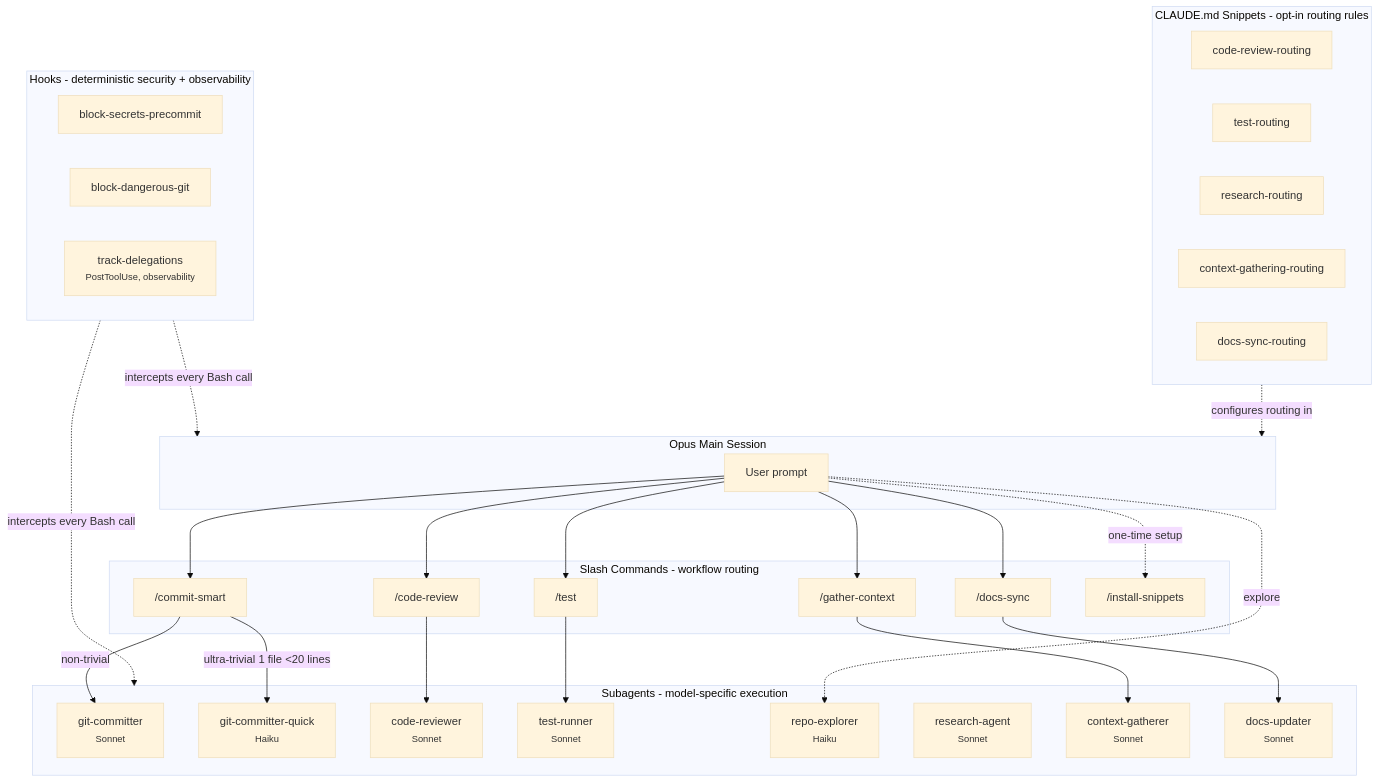
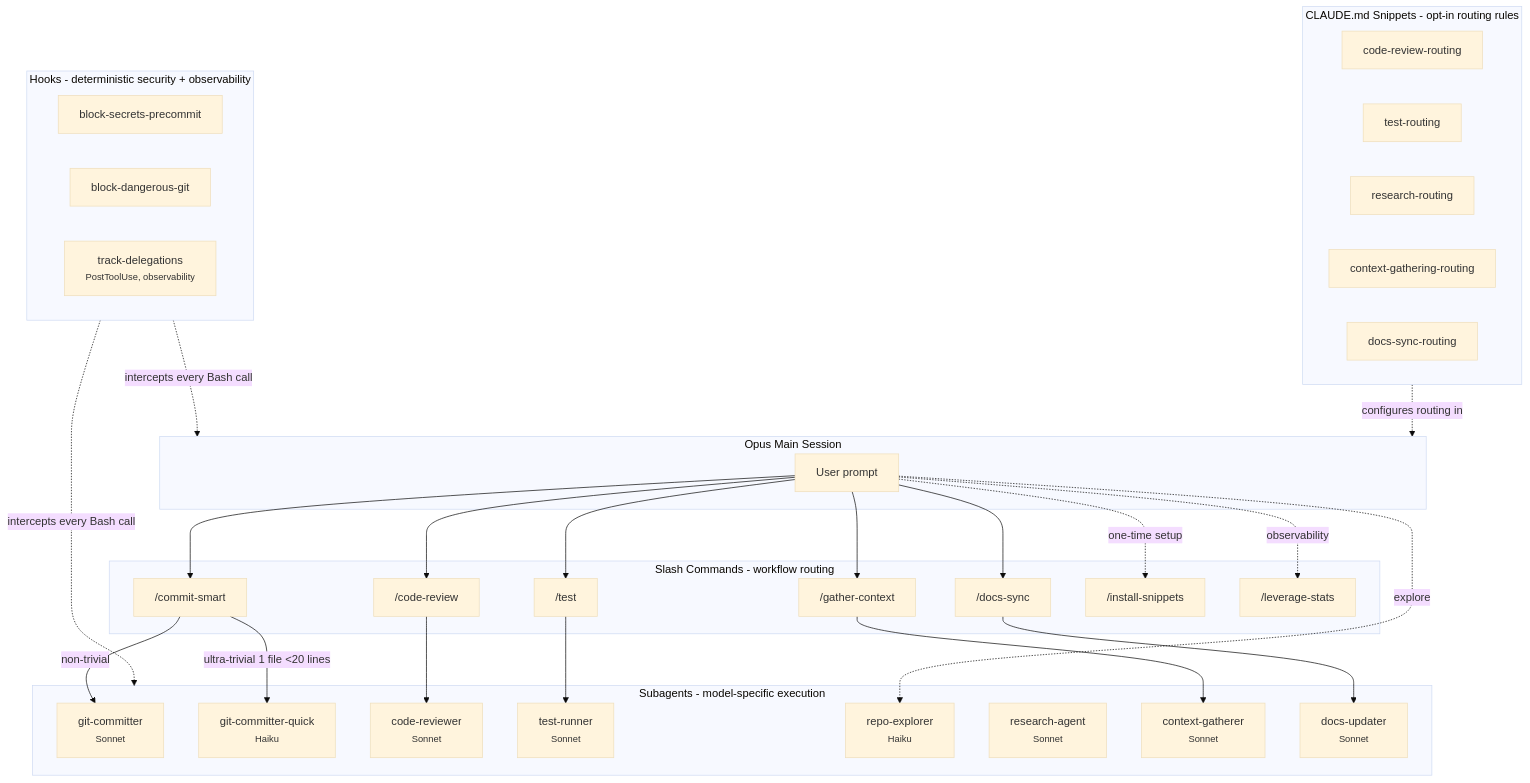
One commit to Filip-Podstavec/claude-leverage changed the diagram in README.md. Above: the diagram before and after it, drawn with Mermaid (base theme). The commit also changed other lines of this file and 4 other files, not shown here.

First line of the commit message:
feat: add /leverage-stats command for delegation observability

````diff
--- a/README.md
+++ b/README.md
@@ -28,54 +28,56 @@
 ```mermaid
 graph TB
     subgraph Main["Opus Main Session"]
         USER["User prompt"]
     end
 
     subgraph Commands["Slash Commands - workflow routing"]
         CS["/commit-smart"]
         CR["/code-review"]
         TT["/test"]
         GCT["/gather-context"]
         DS["/docs-sync"]
         IS["/install-snippets"]
+        LS["/leverage-stats"]
     end
 
     subgraph Agents["Subagents - model-specific execution"]
         GC["git-committer<br/><small>Sonnet</small>"]
         GCQ["git-committer-quick<br/><small>Haiku</small>"]
         CRA["code-reviewer<br/><small>Sonnet</small>"]
         TR["test-runner<br/><small>Sonnet</small>"]
         RX["repo-explorer<br/><small>Haiku</small>"]
         RA["research-agent<br/><small>Sonnet</small>"]
         CG["context-gatherer<br/><small>Sonnet</small>"]
         DU["docs-updater<br/><small>Sonnet</small>"]
     end
 
     subgraph Hooks["Hooks - deterministic security + observability"]
         BS["block-secrets-precommit"]
         BD["block-dangerous-git"]
         TD["track-delegations<br/><small>PostToolUse, observability</small>"]
     end
 
     subgraph Snippets["CLAUDE.md Snippets - opt-in routing rules"]
         CRR["code-review-routing"]
         TRR["test-routing"]
         RR["research-routing"]
         CGR["context-gathering-routing"]
         DSR["docs-sync-routing"]
     end
 
     USER --> CS & CR & TT & GCT & DS
     USER -.->|"one-time setup"| IS
+    USER -.->|"observability"| LS
     USER -.->|"explore"| RX
     CS -->|"ultra-trivial 1 file <20 lines"| GCQ
     CS -->|"non-trivial"| GC
     CR --> CRA
     TT --> TR
     GCT --> CG
     DS --> DU
 
     Hooks -.->|"intercepts every Bash call"| Main
     Hooks -.->|"intercepts every Bash call"| Agents
     Snippets -.->|"configures routing in"| Main
 ```
````
